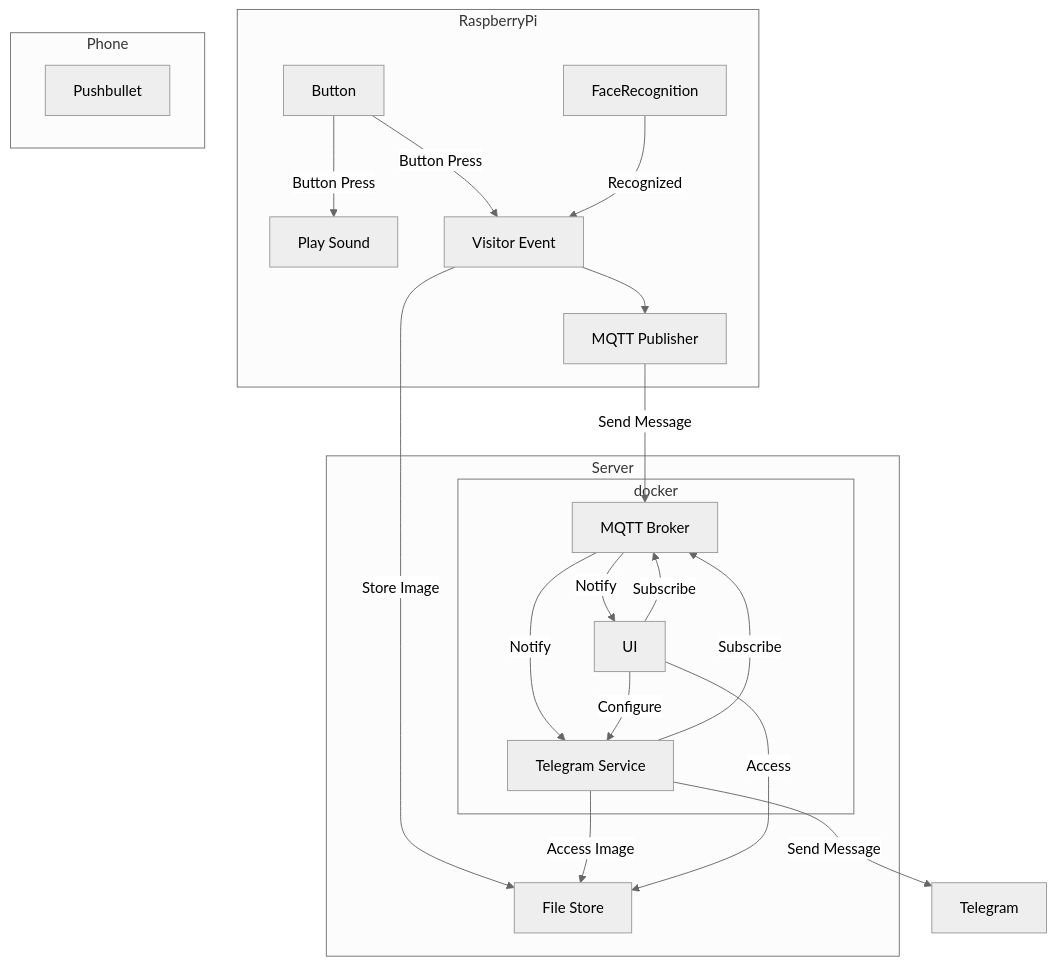
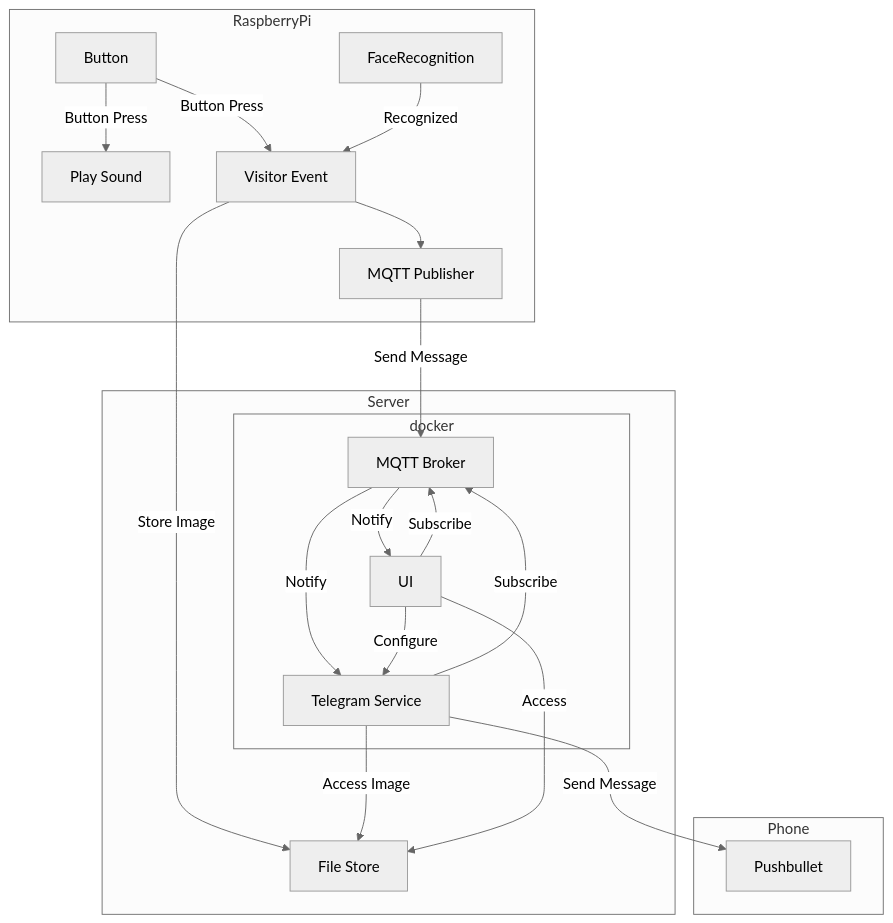
Before and after one commit to flotti97/rpi-telegram-doorbell: the first of 2 diagrams in README.md, drawn with Mermaid (neutral theme). The commit also changed other lines of this file, not shown here.

````diff
--- a/README.md
+++ b/README.md
@@ -5,47 +5,47 @@
 ```mermaid
 graph TD
     subgraph RaspberryPi
         Doorbell[Button]
         Pi[MQTT Publisher]
         Speaker[Play Sound]
         Visitor[Visitor Event]
         FaceRecognition
 
         Doorbell -->|Button Press| Visitor & Speaker
         FaceRecognition -->|Recognized| Visitor
 
         Visitor --> Pi
 
     end
 
     subgraph Server[Server]
         subgraph docker
             MQTT[MQTT Broker]
             Notifier[Telegram Service]
             UI[UI]
         end
 
         FileShare[File Store]
     end
 
     subgraph Phone
         Pushbullet
     end
 
     Phone[Smartphone with Pushbullet]
 
 
     Pi -->|Send Message| MQTT
     Notifier -->|Subscribe| MQTT
     MQTT -->|Notify| Notifier
 
     Visitor -->|Store Image| FileShare
     Notifier -->|Access Image| FileShare
 
-    Notifier -->|Send Message| Telegram
+    Notifier -->|Send Message| Pushbullet
 
     MQTT -->|Notify| UI
     UI -->|Subscribe| MQTT
     UI -->|Access| FileShare
     UI -->|Configure| Notifier
 ```
````
